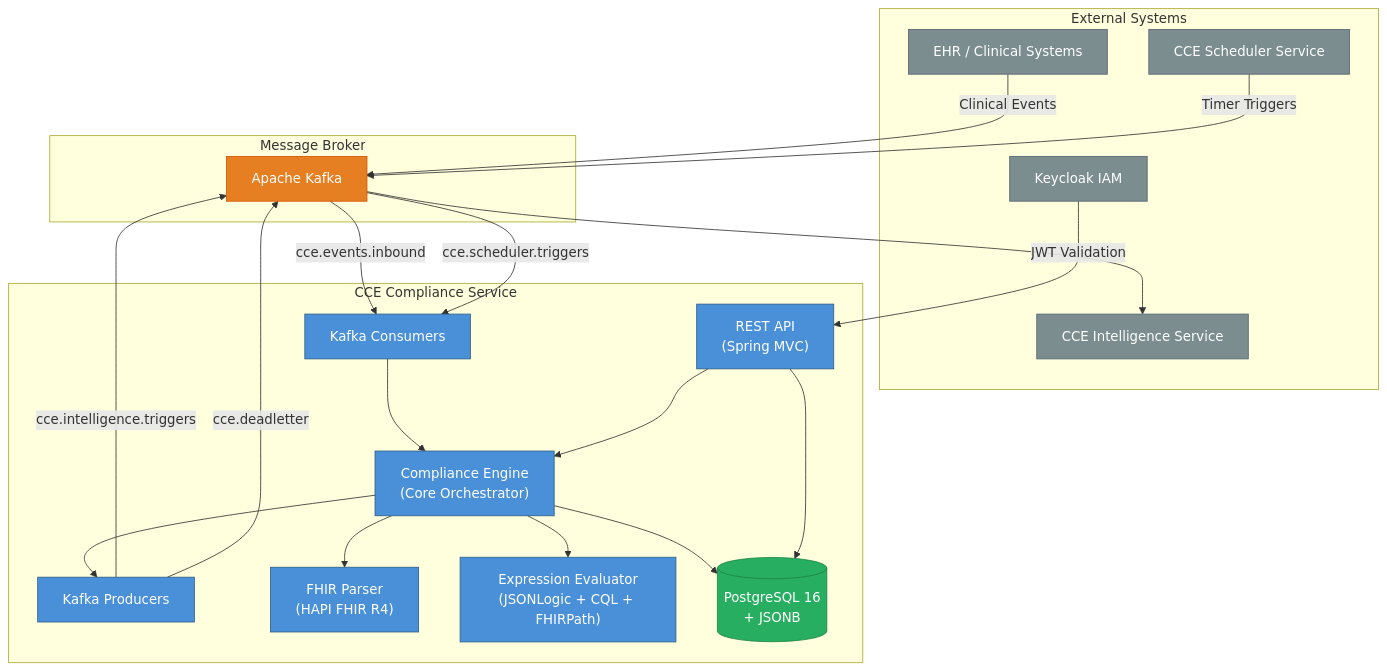
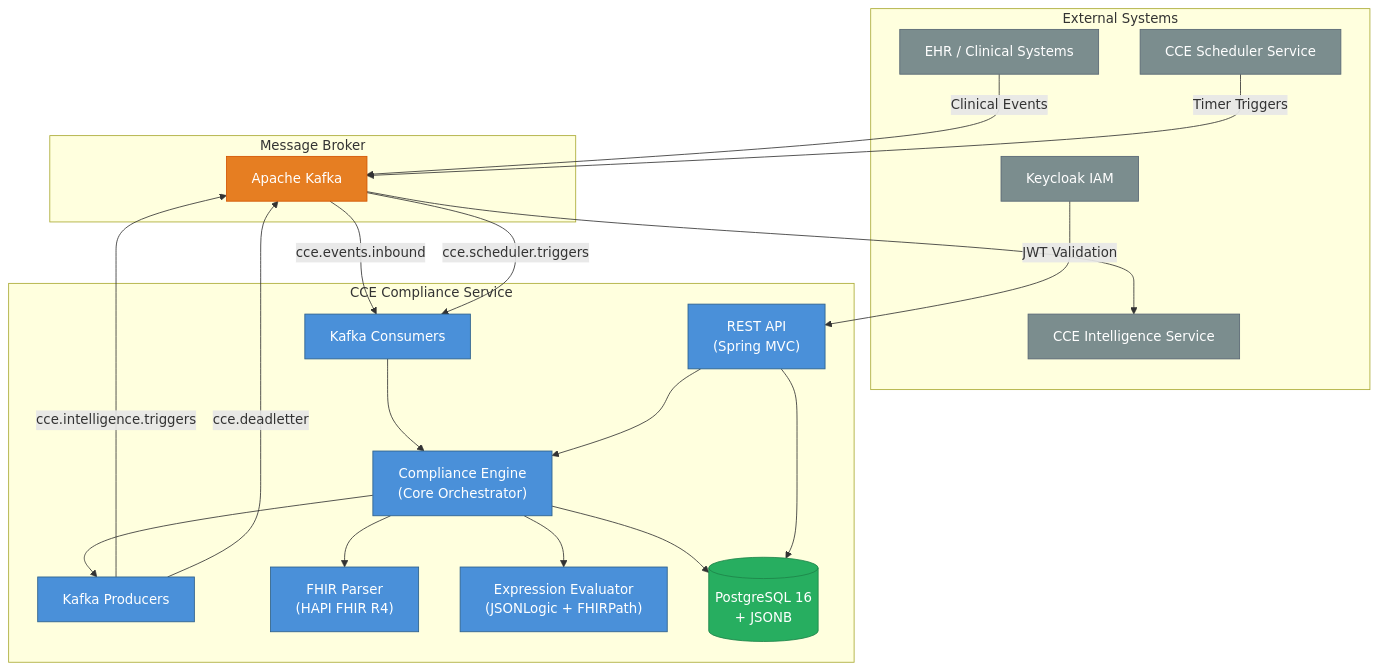
One commit to Jayaprakash8887/cce-compliance-service changed the first of 2 diagrams in docs/architecture-overview.md. Above: the diagram before and after it, drawn with Mermaid. The commit also changed other lines of this file and 4 other files, not shown here.

````diff
--- a/docs/architecture-overview.md
+++ b/docs/architecture-overview.md
@@ -7,49 +7,49 @@
 ```mermaid
 graph TB
     subgraph External Systems
         EHR["EHR / Clinical Systems"]
         SCHEDULER["CCE Scheduler Service"]
         INTEL["CCE Intelligence Service"]
         KEYCLOAK["Keycloak IAM"]
     end
 
     subgraph CCE Compliance Service
         API["REST API<br/>(Spring MVC)"]
         ENGINE["Compliance Engine<br/>(Core Orchestrator)"]
         KAFKA_C["Kafka Consumers"]
         KAFKA_P["Kafka Producers"]
         FHIR["FHIR Parser<br/>(HAPI FHIR R4)"]
-        EXPR["Expression Evaluator<br/>(JSONLogic + CQL + FHIRPath)"]
+        EXPR["Expression Evaluator<br/>(JSONLogic + FHIRPath)"]
         DB[("PostgreSQL 16<br/>+ JSONB")]
     end
 
     subgraph Message Broker
         KAFKA["Apache Kafka"]
     end
 
     EHR -->|"Clinical Events"| KAFKA
     SCHEDULER -->|"Timer Triggers"| KAFKA
     KAFKA -->|"cce.events.inbound"| KAFKA_C
     KAFKA -->|"cce.scheduler.triggers"| KAFKA_C
     KAFKA_C --> ENGINE
     ENGINE --> FHIR
     ENGINE --> EXPR
     ENGINE --> DB
     ENGINE --> KAFKA_P
     KAFKA_P -->|"cce.intelligence.triggers"| KAFKA
     KAFKA_P -->|"cce.deadletter"| KAFKA
     KAFKA --> INTEL
     API --> ENGINE
     API --> DB
     KEYCLOAK -->|"JWT Validation"| API
 
     classDef service fill:#4A90D9,stroke:#2C5F8A,color:white
     classDef external fill:#7B8D8E,stroke:#566573,color:white
     classDef data fill:#27AE60,stroke:#1E8449,color:white
     classDef broker fill:#E67E22,stroke:#D35400,color:white
 
     class API,ENGINE,KAFKA_C,KAFKA_P,FHIR,EXPR service
     class EHR,SCHEDULER,INTEL,KEYCLOAK external
     class DB data
     class KAFKA broker
 ```
````
